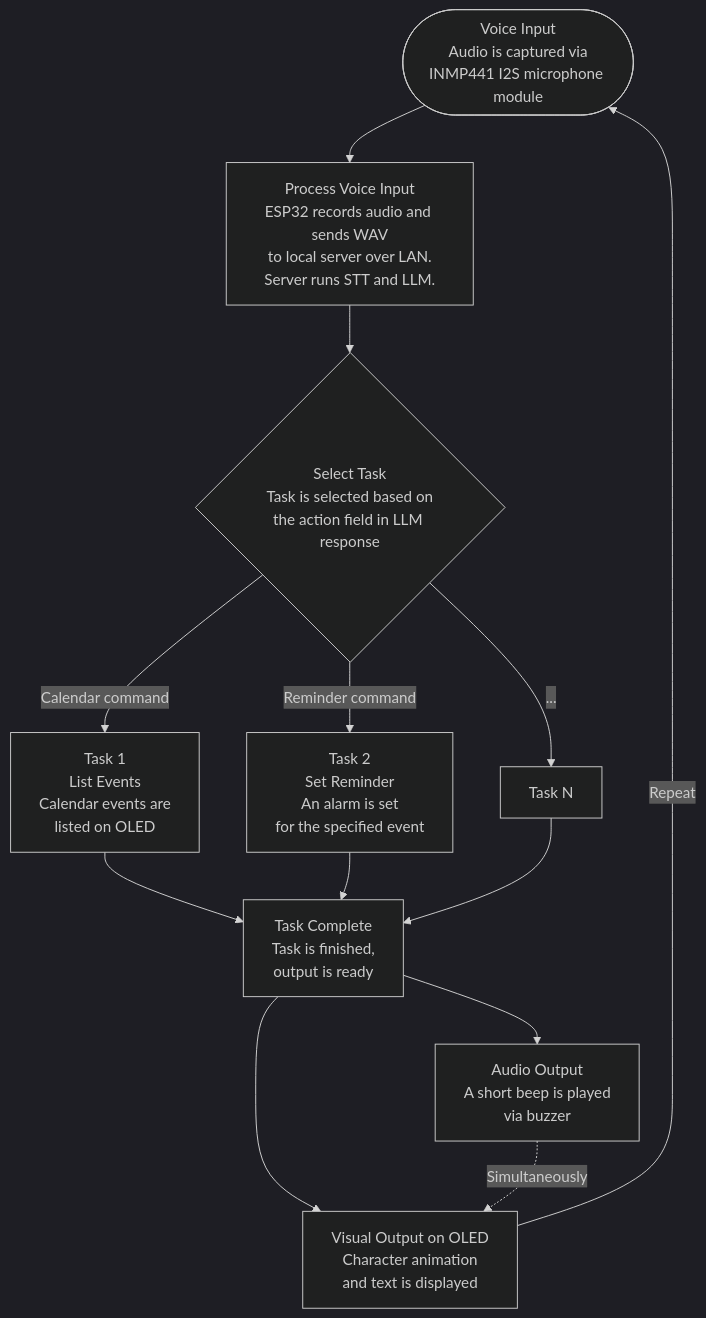
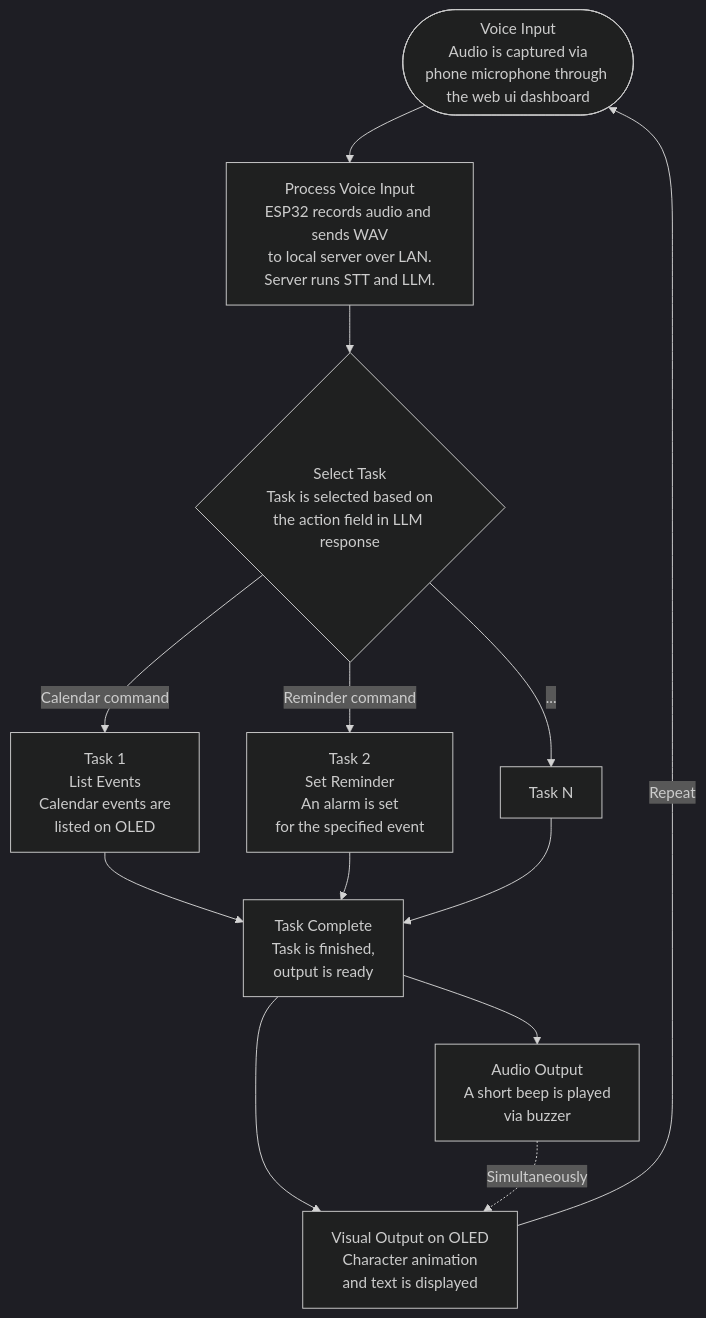
Before and after one commit to dcelik81/iot-project: the diagram in README.md, drawn with Mermaid (dark theme). The commit also changed other lines of this file, not shown here.

````diff
--- a/README.md
+++ b/README.md
@@ -23,25 +44,25 @@
 ```mermaid
 flowchart TD
-    A([Voice Input<br>Audio is captured via<br>INMP441 I2S microphone module])
+    A([Voice Input<br>Audio is captured via<br>phone microphone through the web ui dashboard])
     B[Process Voice Input<br>ESP32 records audio and sends WAV<br>to local server over LAN.<br>Server runs STT and LLM.]
     C{Select Task<br>Task is selected based on<br>the action field in LLM response}
     T1[Task 1<br>List Events<br>Calendar events are<br>listed on OLED]
     T2[Task 2<br>Set Reminder<br>An alarm is set<br>for the specified event]
     TN[Task N]
     D[Task Complete<br>Task is finished,<br>output is ready]
     E[Audio Output<br>A short beep is played<br>via buzzer]
     F[Visual Output on OLED<br>Character animation<br>and text is displayed]
 
     A --> B
     B --> C
     C -->|Calendar command| T1
     C -->|Reminder command| T2
     C -->|...| TN
     T1 --> D
     T2 --> D
     TN --> D
     D --> E
     D --> F
     E -. Simultaneously .-> F
     F -->|Repeat| A
 ```
````
